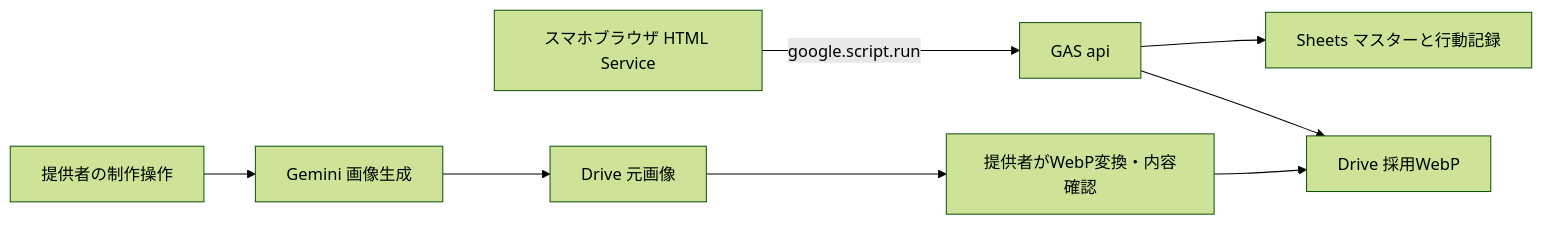
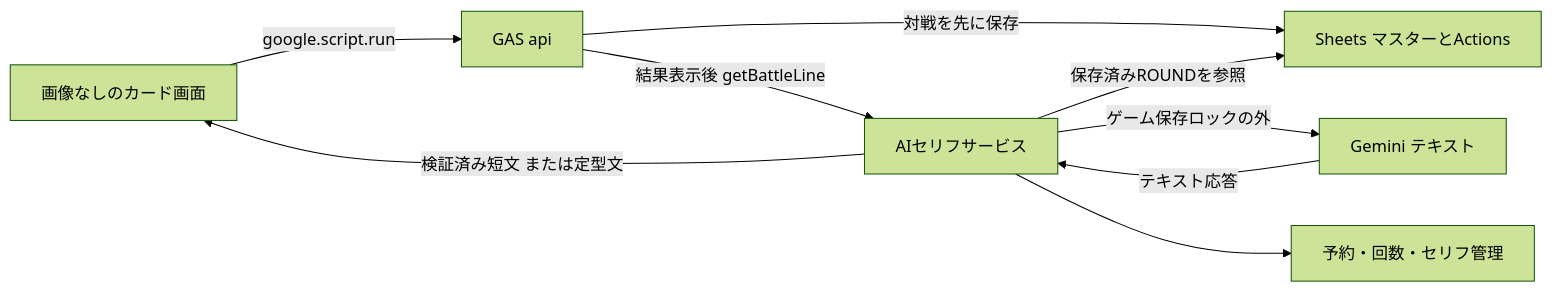
One commit to kurosawa-kuro/skill-janken changed the diagram in docs/02_architecture.md. Above: the diagram before and after it, drawn with Mermaid (forest theme). The commit also changed other lines of this file and 19 other files, not shown here.

````diff
--- a/docs/02_architecture.md
+++ b/docs/02_architecture.md
@@ -21,10 +21,11 @@
 ```mermaid
 flowchart LR
-    B[スマホブラウザ HTML Service] -->|google.script.run| G[GAS api]
-    G --> S[Sheets マスターと行動記録]
-    G --> D[Drive 採用WebP]
-    A[提供者の制作操作] --> M[Gemini 画像生成]
-    M --> O[Drive 元画像]
-    O --> W[提供者がWebP変換・内容確認]
-    W --> D
+    B[画像なしのカード画面] -->|google.script.run| G[GAS api]
+    G -->|対戦を先に保存| S[Sheets マスターとActions]
+    G -->|結果表示後 getBattleLine| T[AIセリフサービス]
+    T -->|保存済みROUNDを参照| S
+    T -->|ゲーム保存ロックの外| M[Gemini テキスト]
+    T --> P[予約・回数・セリフ管理]
+    M -->|テキスト応答| T
+    T -->|検証済み短文 または定型文| B
 ```
````
